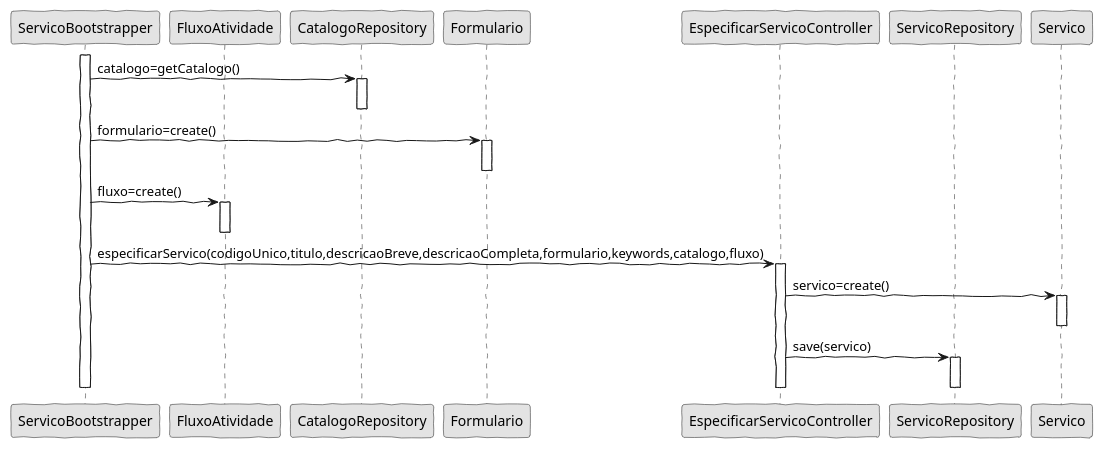
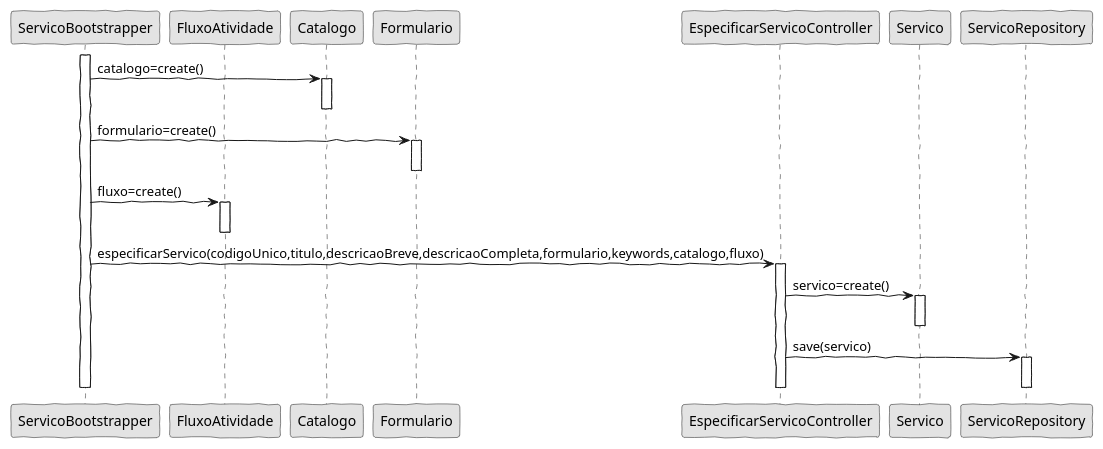
The diagram in docs/Sprint C/1190974/US2104/SD.puml (pedrolemos4/LAPR4), drawn with PlantUML before and after one commit. The commit also changed 6 other files, not shown here.

```diff
--- a/docs/Sprint C/1190974/US2104/SD.puml
+++ b/docs/Sprint C/1190974/US2104/SD.puml
@@ -1,45 +1,45 @@
 @startuml
 
 'http://plantuml.com/skinparam.html
 skinparam handwritten true
 skinparam monochrome true
 skinparam packageStyle rect
 skinparam defaultFontName FG Virgil
 skinparam shadowing false
 
 participant ServicoBootstrapper as Bootstrapper
 
 participant FluxoAtividade as FluxoAtividade
-participant CatalogoRepository as CRepository 
-participant Formulario as FRepository 
+participant Catalogo as Catalogo 
+participant Formulario as Formulario 
 participant EspecificarServicoController as Controller
-participant ServicoRepository as SRepository 
 participant Servico as Servico
+participant ServicoRepository as SRepository
 
 activate Bootstrapper
 
-Bootstrapper -> CRepository : catalogo=getCatalogo()
-activate CRepository
-deactivate CRepository
+Bootstrapper -> Catalogo : catalogo=create()
+activate Catalogo
+deactivate Catalogo
 
-Bootstrapper -> FRepository : formulario=create()
-activate FRepository
-deactivate FRepository
+Bootstrapper -> Formulario : formulario=create()
+activate Formulario
+deactivate Formulario
 
 Bootstrapper -> FluxoAtividade : fluxo=create()
 activate FluxoAtividade
 deactivate FluxoAtividade
 
 Bootstrapper -> Controller : especificarServico(codigoUnico,titulo,descricaoBreve,descricaoCompleta,formulario,keywords,catalogo,fluxo)
 activate Controller
 Controller -> Servico : servico=create()
 activate Servico
 deactivate Servico
 Controller -> SRepository : save(servico)
 activate SRepository
 deactivate SRepository
 deactivate Controller
 
 deactivate Bootstrapper
 
 @enduml
```
